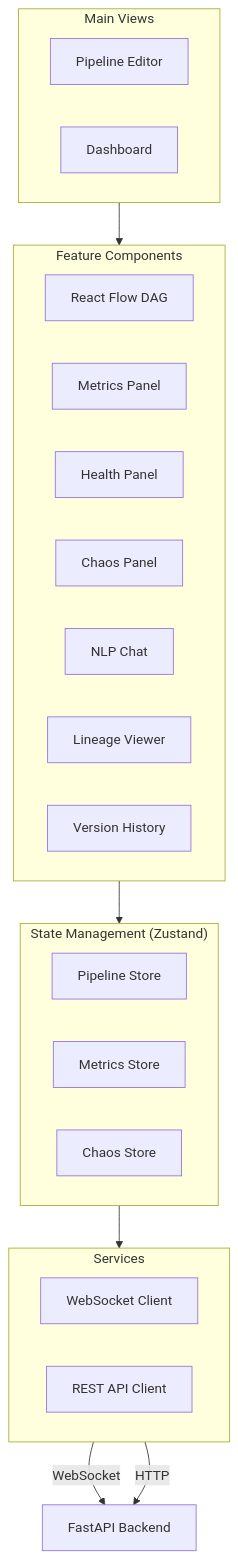
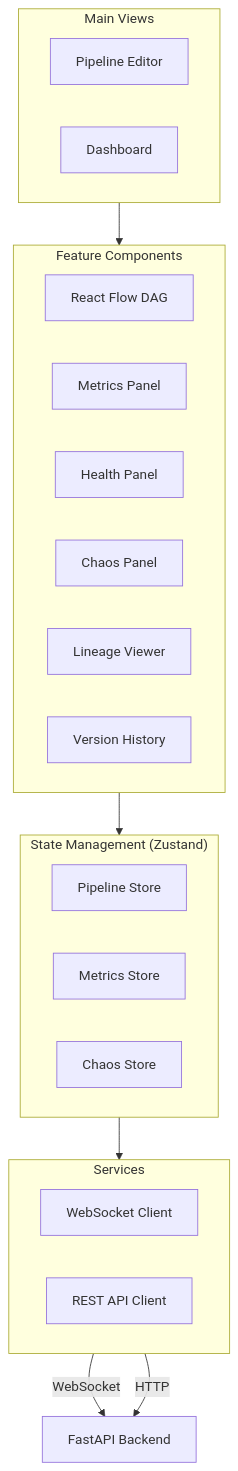
One commit to rathinadev/Flowstorm changed the first of 2 diagrams in README.md. Above: the diagram before and after it, drawn with Mermaid. The commit also changed other lines of this file and 7 other files, not shown here.

````diff
--- a/README.md
+++ b/README.md
@@ -7,34 +7,33 @@
 ```mermaid
 graph TD
     subgraph Pages["Main Views"]
         PE[Pipeline Editor]
         DB[Dashboard]
     end
 
     subgraph Components["Feature Components"]
         RF[React Flow DAG]
         MP[Metrics Panel]
         HP[Health Panel]
         CP[Chaos Panel]
-        NC[NLP Chat]
         LV[Lineage Viewer]
         VH[Version History]
     end
 
     subgraph State["State Management (Zustand)"]
         PS[Pipeline Store]
         MS[Metrics Store]
         CS[Chaos Store]
     end
 
     subgraph Services["Services"]
         WS[WebSocket Client]
         API[REST API Client]
     end
 
     Pages --> Components
     Components --> State
     State --> Services
     Services -->|WebSocket| Backend[FastAPI Backend]
     Services -->|HTTP| Backend
 ```
````
